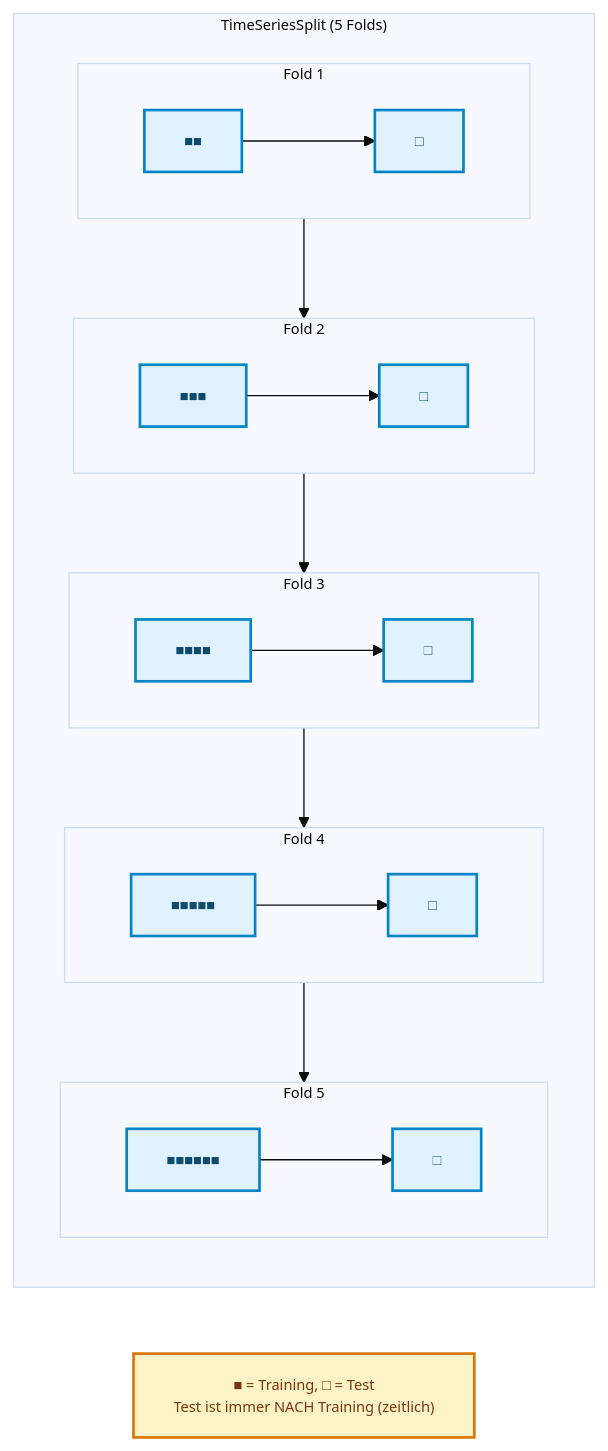
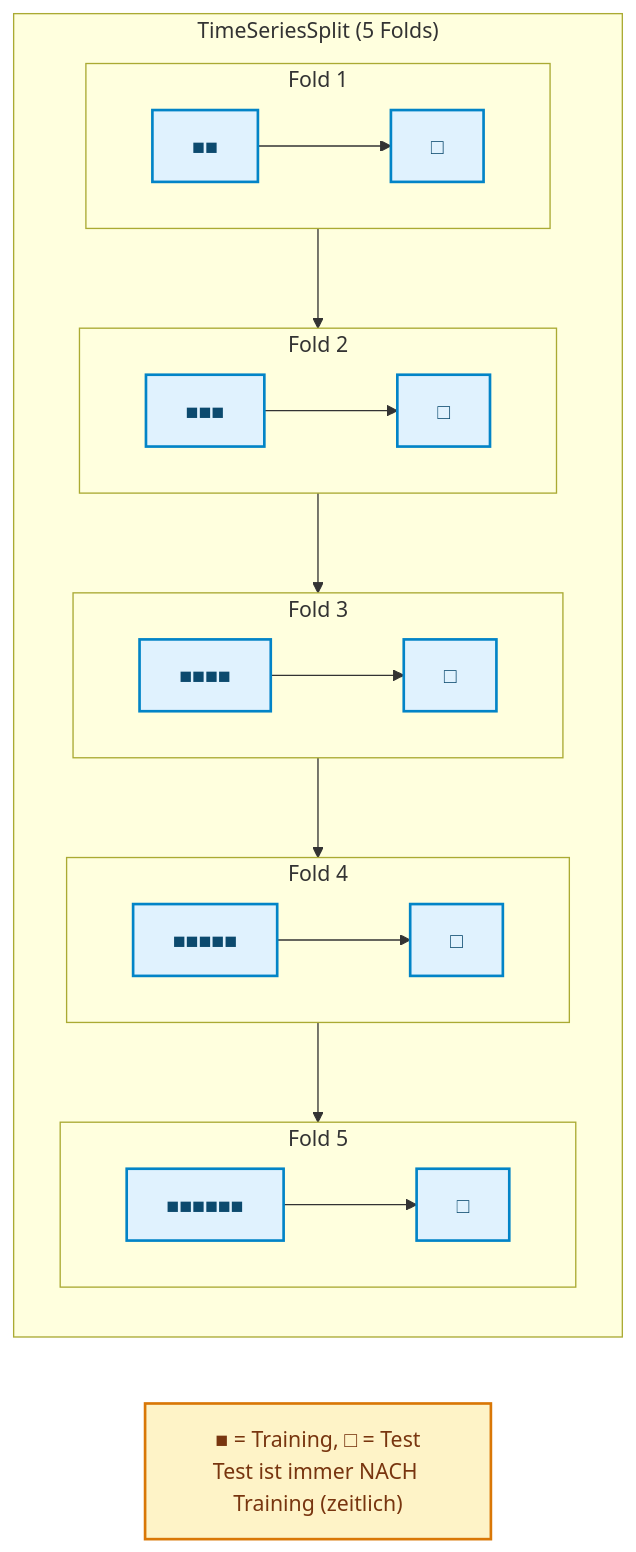
One commit to ralf-42/ML_Intro changed the fifth of 9 diagrams in docs/concepts/evaluate/cross_validation.md. Above: the diagram before and after it, drawn with Mermaid. The commit also changed other lines of this file and 49 other files, not shown here.

````diff
--- a/docs/concepts/evaluate/cross_validation.md
+++ b/docs/concepts/evaluate/cross_validation.md
@@ -368,31 +373,30 @@
 ```mermaid
-%%{init: {'theme': 'base', 'themeVariables': {'fontSize': '11px'}}}%%
 flowchart LR
     subgraph ts["TimeSeriesSplit (5 Folds)"]
         subgraph f1["Fold 1"]
             T1["■■"] --> TE1["□"]
         end
         subgraph f2["Fold 2"]
             T2["■■■"] --> TE2["□"]
         end
         subgraph f3["Fold 3"]
             T3["■■■■"] --> TE3["□"]
         end
         subgraph f4["Fold 4"]
             T4["■■■■■"] --> TE4["□"]
         end
         subgraph f5["Fold 5"]
             T5["■■■■■■"] --> TE5["□"]
         end
     end
     
         
     %% Erzwingt Links → Rechts
     f1 --> f2 --> f3 --> f4 --> f5
     
     note["■ = Training, □ = Test<br/>Test ist immer NACH Training (zeitlich)"]
 
 classDef default fill:#e0f2fe,stroke:#0284c7,stroke-width:2px,color:#0c4a6e;
 classDef metric fill:#fef3c7,stroke:#d97706,stroke-width:2px,color:#78350f;
 class note metric;
 ```
````
